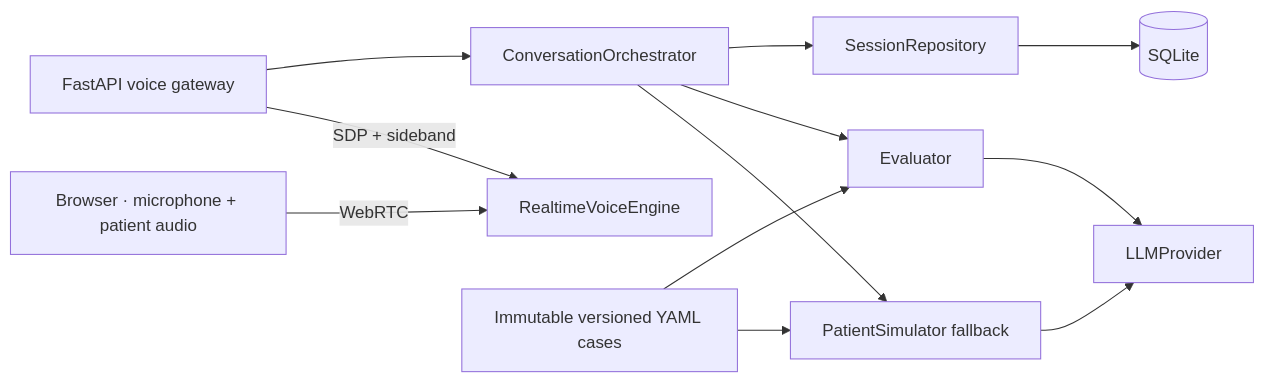
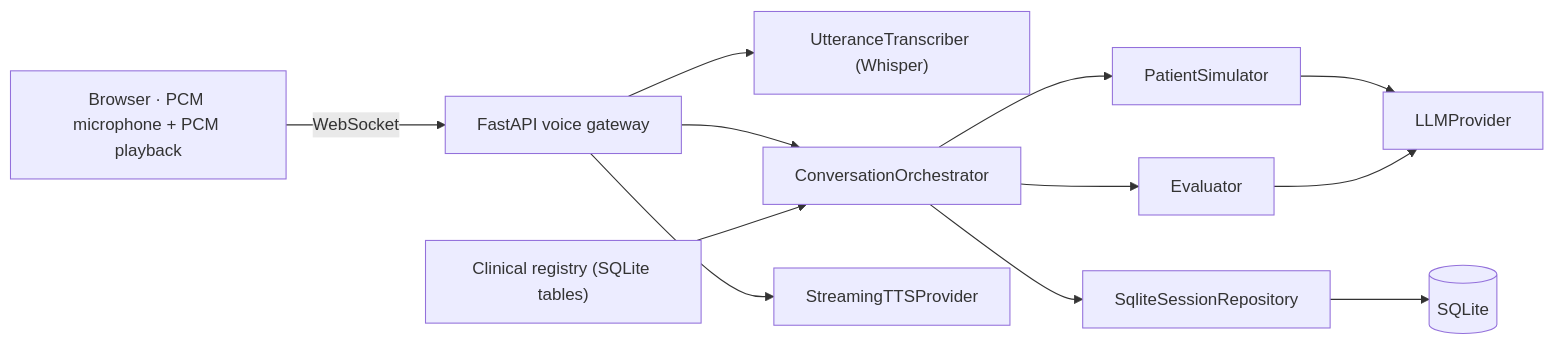
Before and after one commit to lejams/ari: the diagram in README.md, drawn with Mermaid. The commit also changed other lines of this file and 7 other files, not shown here.

````diff
--- a/README.md
+++ b/README.md
@@ -83,14 +63,11 @@
 ```mermaid
 flowchart LR
-    Browser["Browser · microphone + patient audio"] -->|"WebRTC"| Realtime["RealtimeVoiceEngine"]
-    API["FastAPI voice gateway"] -->|"SDP + sideband"| Realtime
+    Browser["Browser · PCM microphone + PCM playback"] -->|"WebSocket"| API["FastAPI voice gateway"]
+    API --> STT["UtteranceTranscriber (Whisper)"]
     API --> Orchestrator["ConversationOrchestrator"]
-    Orchestrator --> Patient["PatientSimulator fallback"]
-    Patient --> LLM["LLMProvider"]
-    Orchestrator --> Evaluator["Evaluator"]
-    Evaluator --> LLM
-    Orchestrator --> Repo["SessionRepository"]
-    Repo --> SQLite[("SQLite")]
-    Cases["Immutable versioned YAML cases"] --> Patient
-    Cases --> Evaluator
+    Orchestrator --> Patient["PatientSimulator"] --> LLM["LLMProvider"]
+    Orchestrator --> Evaluator["Evaluator"] --> LLM
+    API --> TTS["StreamingTTSProvider"]
+    Orchestrator --> Repo["SqliteSessionRepository"] --> DB[("SQLite")]
+    Registry["Clinical registry (SQLite tables)"] --> Orchestrator
 ```
````
